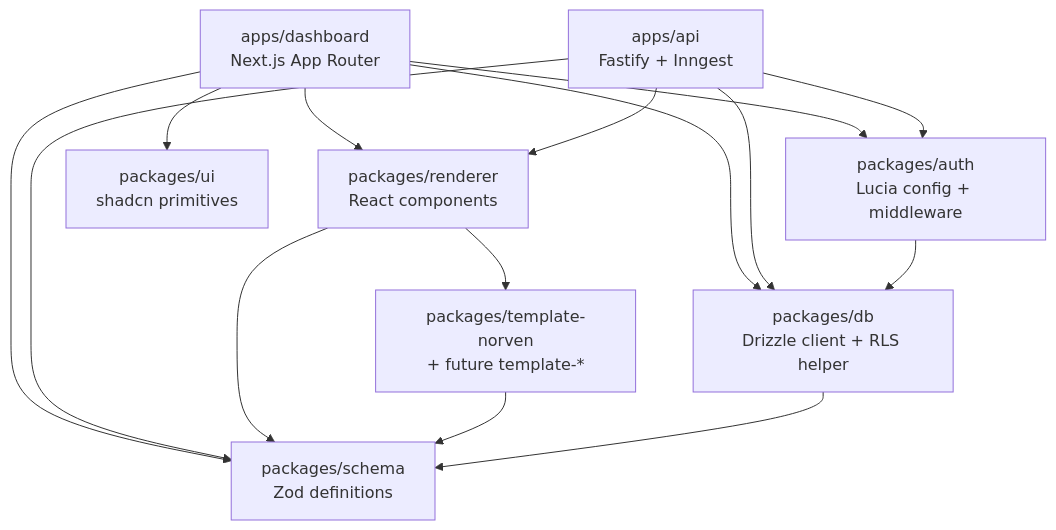
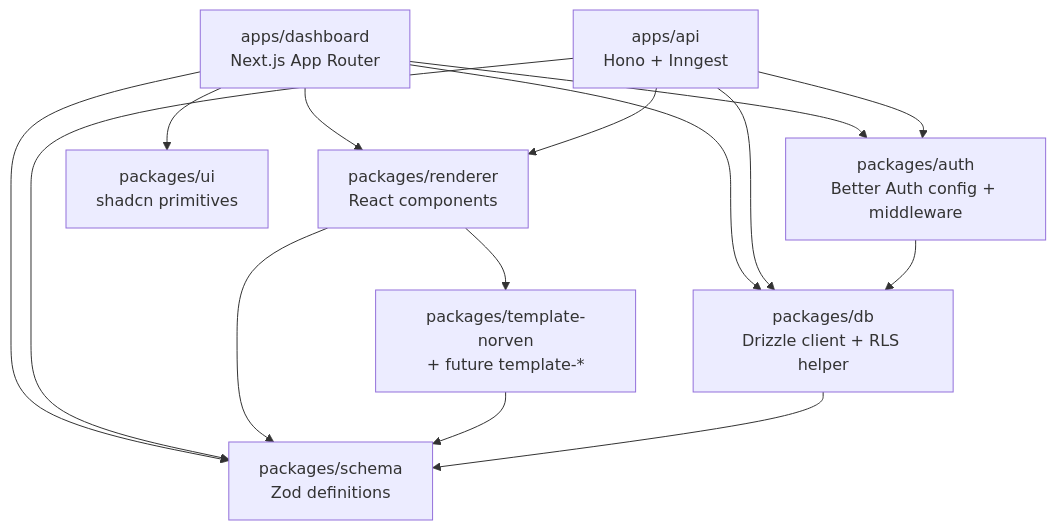
One commit to farulivan/plinth changed the second of 5 diagrams in ARCHITECTURE.md. Above: the diagram before and after it, drawn with Mermaid. The commit also changed other lines of this file and 5 other files, not shown here.

First line of the commit message:
docs: update references from Lucia/Fastify to Better Auth/Hono

````diff
--- a/ARCHITECTURE.md
+++ b/ARCHITECTURE.md
@@ -47,28 +47,28 @@
 ```mermaid
 graph TD
     dash[apps/dashboard<br/>Next.js App Router]
-    api[apps/api<br/>Fastify + Inngest]
+    api[apps/api<br/>Hono + Inngest]
 
     renderer[packages/renderer<br/>React components]
     schema[packages/schema<br/>Zod definitions]
     db[packages/db<br/>Drizzle client + RLS helper]
-    auth[packages/auth<br/>Lucia config + middleware]
+    auth[packages/auth<br/>Better Auth config + middleware]
     template[packages/template-norven<br/>+ future template-*]
     ui[packages/ui<br/>shadcn primitives]
 
     dash --> renderer
     dash --> schema
     dash --> db
     dash --> auth
     dash --> ui
     api --> schema
     api --> db
     api --> auth
     api --> renderer
 
     renderer --> schema
     renderer --> template
     template --> schema
     db --> schema
     auth --> db
 ```
````
